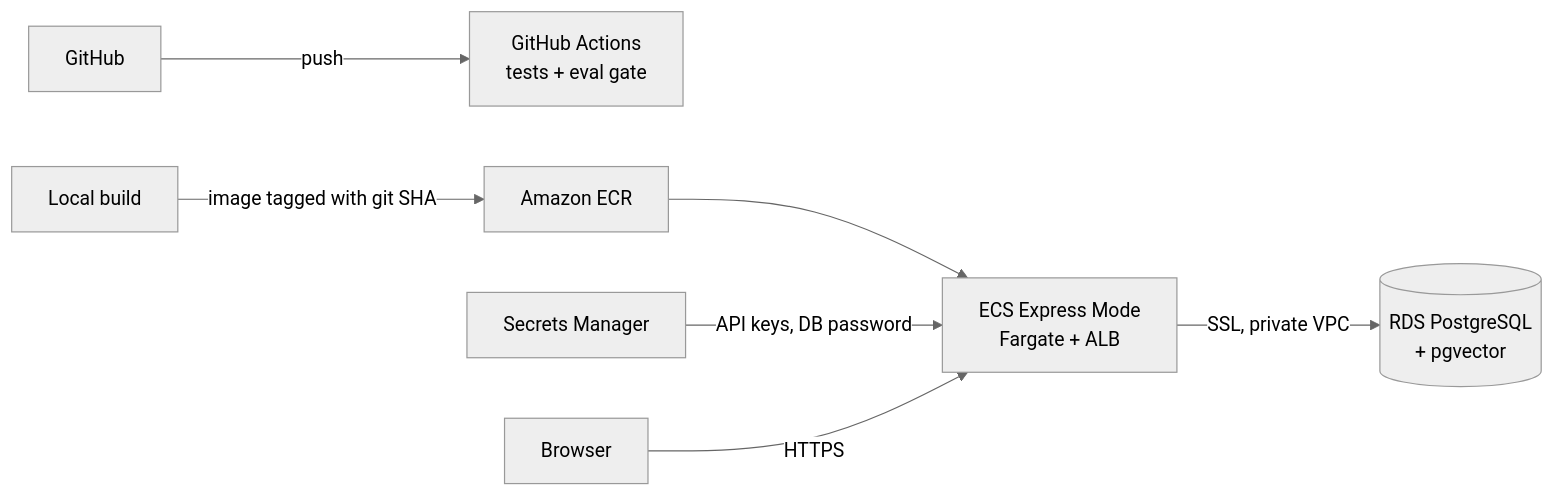
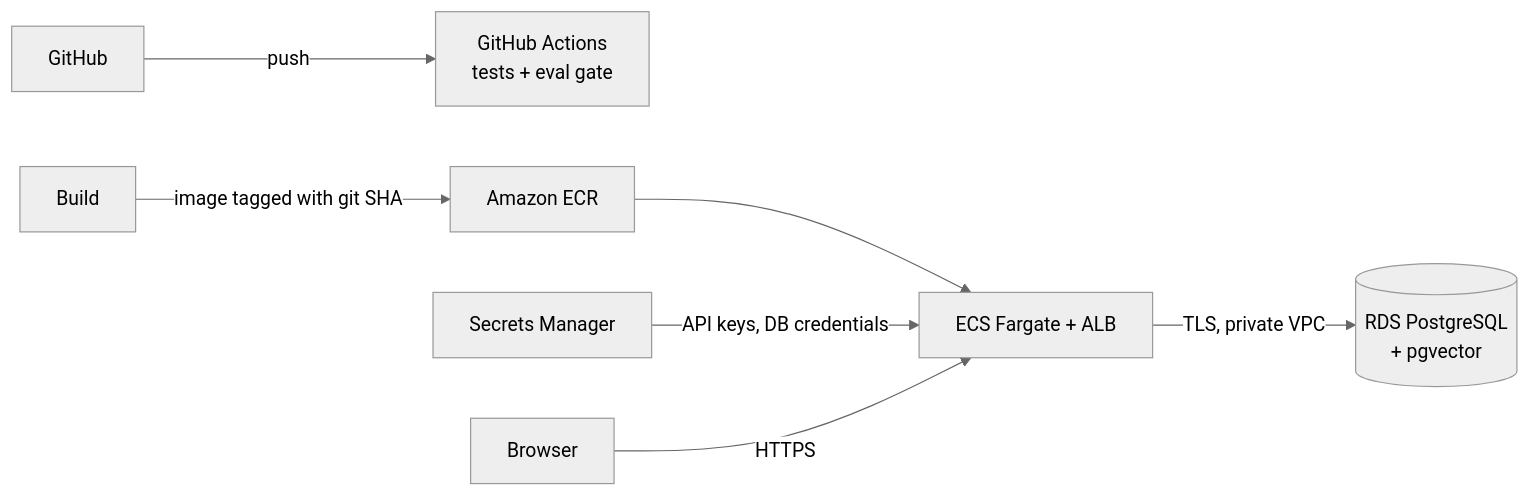
One commit to dennisdang5/earnings-rag changed the second of 2 diagrams in README.md. Above: the diagram before and after it, drawn with Mermaid (neutral theme). The commit also changed other lines of this file, not shown here.

First line of the commit message:
README: rewrite as an architecture overview

````diff
--- a/README.md
+++ b/README.md
@@ -338,9 +238,9 @@
 ```mermaid
 flowchart LR
     GH[GitHub] -->|push| CI[GitHub Actions<br/>tests + eval gate]
-    DEV[Local build] -->|image tagged with git SHA| ECR[Amazon ECR]
-    ECR --> ECS[ECS Express Mode<br/>Fargate + ALB]
-    SM[Secrets Manager] -->|API keys, DB password| ECS
-    ECS -->|SSL, private VPC| RDS[(RDS PostgreSQL<br/>+ pgvector)]
+    DEV[Build] -->|image tagged with git SHA| ECR[Amazon ECR]
+    ECR --> ECS[ECS Fargate + ALB]
+    SM[Secrets Manager] -->|API keys, DB credentials| ECS
+    ECS -->|TLS, private VPC| RDS[(RDS PostgreSQL<br/>+ pgvector)]
     USER[Browser] -->|HTTPS| ECS
 ```
````
